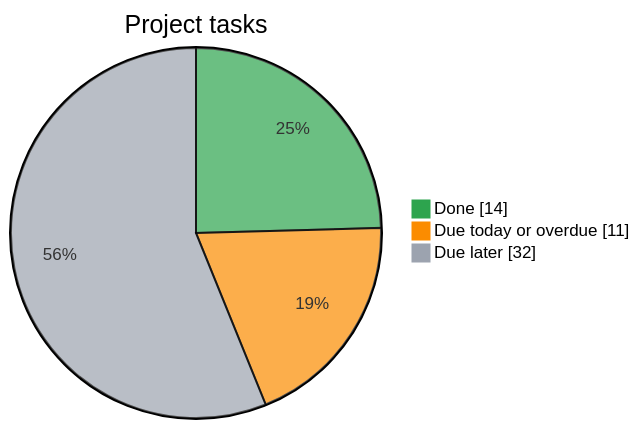
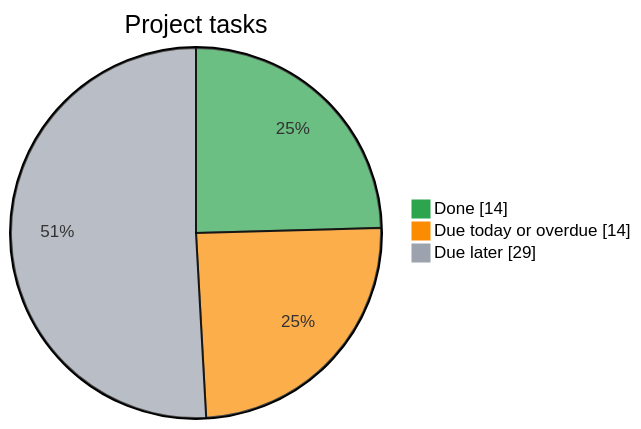
One commit to Kr1sKros/IKT466-Corporate-Bankruptcy-Predictor changed the diagram in README.md. Above: the diagram before and after it, drawn with Mermaid. The commit also changed other lines of this file, not shown here.

Commit message:
docs: refresh task dashboard

````diff
--- a/README.md
+++ b/README.md
@@ -8,8 +8,8 @@
 ```mermaid
 %%{init: {"themeVariables": {"pie1": "#2da44e", "pie2": "#fb8c00", "pie3": "#9ca3af"}}}%%
 pie showData
     title Project tasks
     "Done" : 14
-    "Due today or overdue" : 11
-    "Due later" : 32
+    "Due today or overdue" : 14
+    "Due later" : 29
 ```
````
